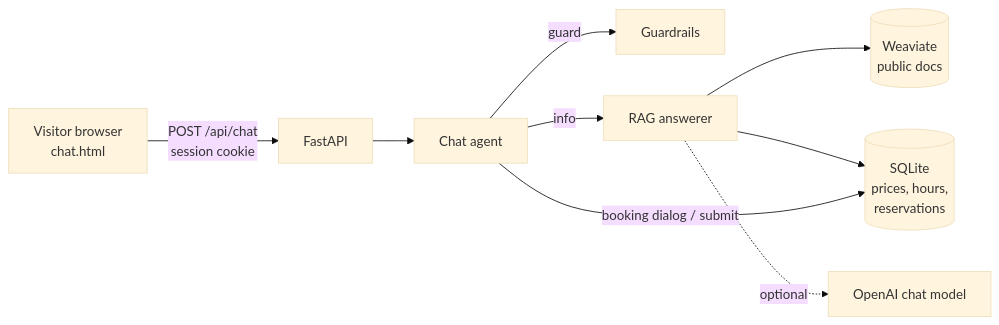
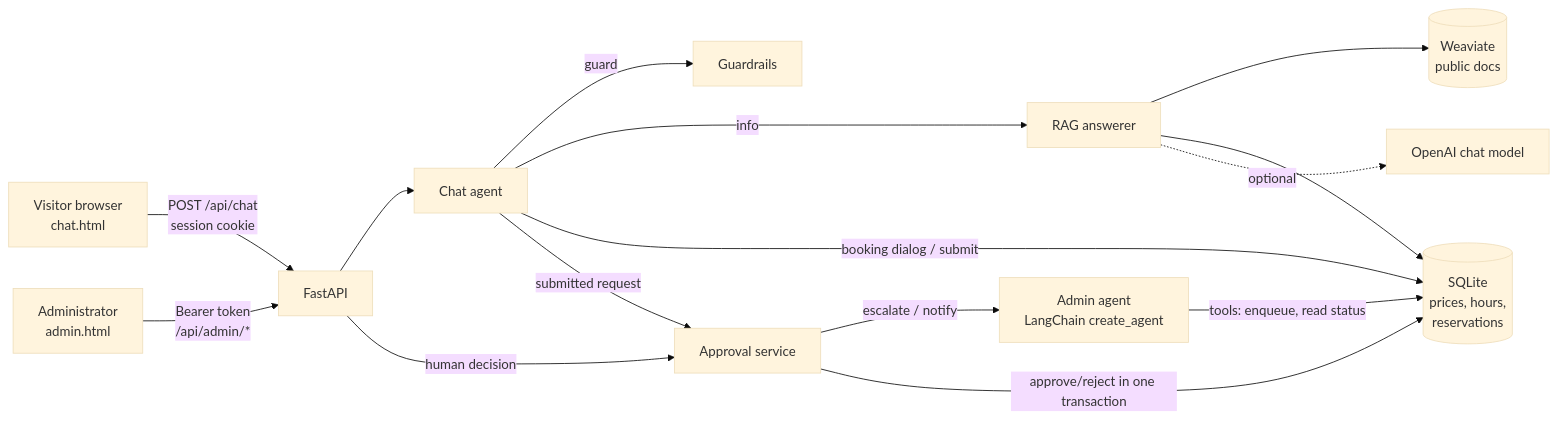
The diagram in README.md (baranovYauheni/Parking-reservation-assistant), drawn with Mermaid (base theme) before and after one commit. The commit also changed other lines of this file and 14 other files, not shown here.

First line of the commit message:
feat: stage 2 - human-in-the-loop approval with a second LangChain agent

````diff
--- a/README.md
+++ b/README.md
@@ -18,11 +18,17 @@
 ```mermaid
 flowchart LR
   U[Visitor browser<br/>chat.html] -->|POST /api/chat<br/>session cookie| API[FastAPI]
+  A[Administrator<br/>admin.html] -->|Bearer token<br/>/api/admin/*| API
   API --> CG[Chat agent]
   CG -->|guard| G[Guardrails]
   CG -->|info| RAG[RAG answerer]
   RAG --> W[(Weaviate<br/>public docs)]
   RAG --> SQL[(SQLite<br/>prices, hours,<br/>reservations)]
   RAG -.optional.-> LLM[OpenAI chat model]
   CG -->|booking dialog / submit| SQL
+  CG -->|submitted request| WF[Approval service]
+  WF -->|escalate / notify| AG[Admin agent<br/>LangChain create_agent]
+  AG -->|tools: enqueue, read status| SQL
+  API -->|human decision| WF
+  WF -->|approve/reject in one transaction| SQL
 ```
````
